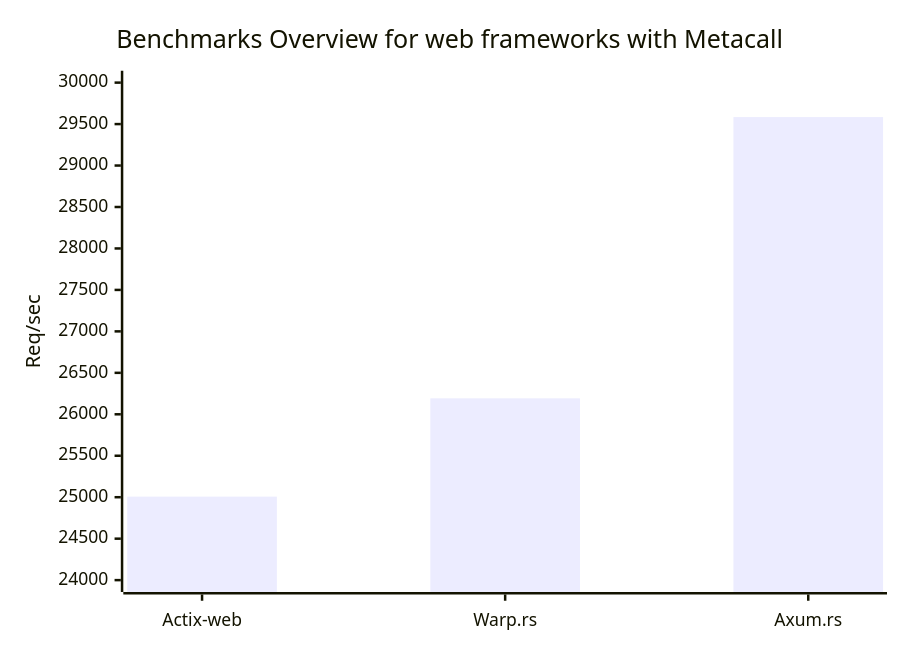
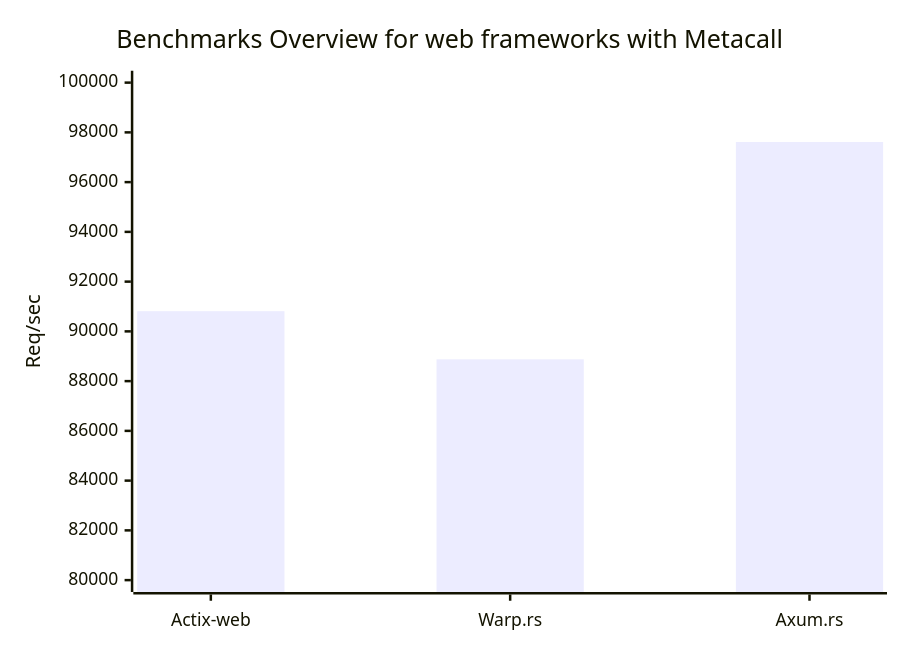
The first of 3 diagrams in README.md (metacall/rust-http-benchmarks), drawn with Mermaid before and after one commit. The commit also changed other lines of this file, not shown here.

````diff
--- a/README.md
+++ b/README.md
@@ -60,7 +60,7 @@
 ```mermaid
 xychart-beta
     title "Benchmarks Overview for web frameworks with Metacall"
     x-axis [Actix-web, Warp.rs, Axum.rs]
-    y-axis "Req/sec" 24000 --> 30000
-    bar [25007.00, 26192.36, 29584.20]
+    y-axis "Req/sec" 80000 --> 100000
+    bar [90811, 88877, 97614]
 ```
````
